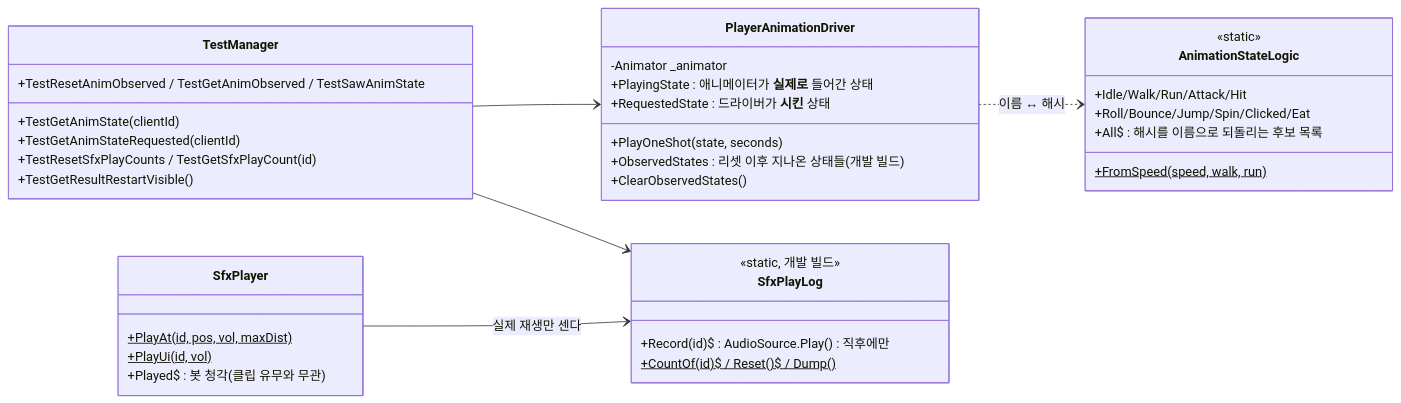
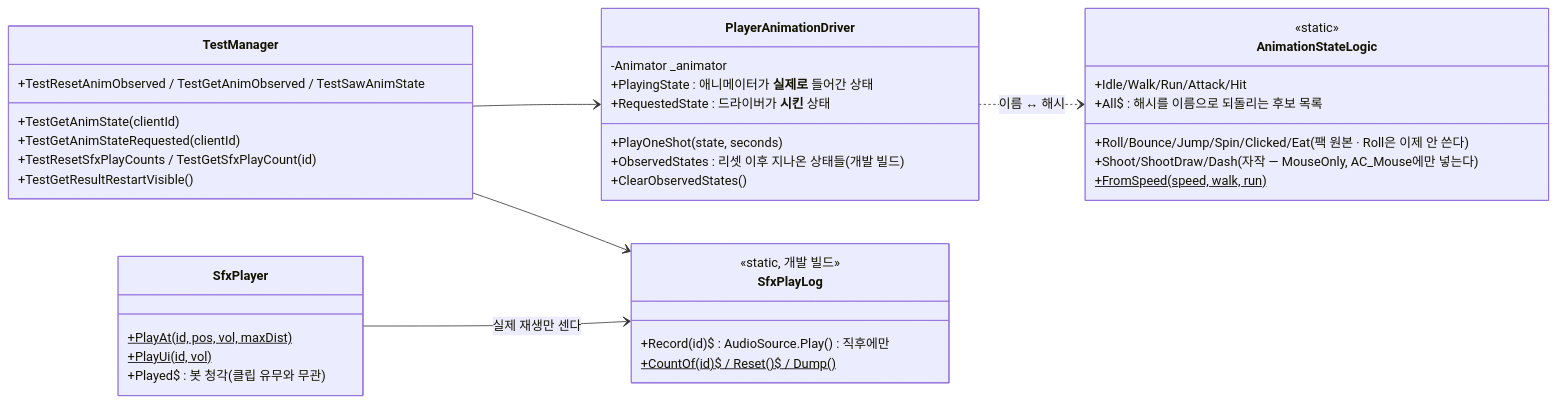
Diagram 33 of 53 in CTC/docs/design-vault/코드 다이어그램.md (JeahanPark/The-Cheese-Thief-and-the-Cat), drawn with Mermaid before and after one commit. The commit also changed other lines of this file and 7 other files, not shown here.

First line of the commit message:
feat(anim): 대시 전용 클립 Dash — 팩의 Roll(앞구르기)을 걷어낸다

````diff
--- a/CTC/docs/design-vault/코드 다이어그램.md
+++ b/CTC/docs/design-vault/코드 다이어그램.md
@@ -2254,41 +2257,42 @@
 ```mermaid
 classDiagram
     direction LR
     class AnimationStateLogic {
         <<static>>
         +Idle/Walk/Run/Attack/Hit
-        +Roll/Bounce/Jump/Spin/Clicked/Eat
+        +Roll/Bounce/Jump/Spin/Clicked/Eat (팩 원본 · Roll은 이제 안 쓴다)
+        +Shoot/ShootDraw/Dash (자작 — MouseOnly, AC_Mouse에만 넣는다)
         +All$ : 해시를 이름으로 되돌리는 후보 목록
         +FromSpeed(speed, walk, run)$
     }
     class PlayerAnimationDriver {
         -Animator _animator
         +PlayOneShot(state, seconds)
         +PlayingState : 애니메이터가 **실제로** 들어간 상태
         +RequestedState : 드라이버가 **시킨** 상태
         +ObservedStates : 리셋 이후 지나온 상태들(개발 빌드)
         +ClearObservedStates()
     }
     class SfxPlayer {
         +PlayAt(id, pos, vol, maxDist)$
         +PlayUi(id, vol)$
         +Played$ : 봇 청각(클립 유무와 무관)
     }
     class SfxPlayLog {
         <<static, 개발 빌드>>
         +Record(id)$ : AudioSource.Play() 직후에만
         +CountOf(id)$ / Reset()$ / Dump()$
     }
     class TestManager {
         +TestGetAnimState(clientId)
         +TestGetAnimStateRequested(clientId)
         +TestResetAnimObserved / TestGetAnimObserved / TestSawAnimState
         +TestResetSfxPlayCounts / TestGetSfxPlayCount(id)
         +TestGetResultRestartVisible()
     }
 
     PlayerAnimationDriver ..> AnimationStateLogic : 이름 ↔ 해시
     SfxPlayer --> SfxPlayLog : 실제 재생만 센다
     TestManager --> PlayerAnimationDriver
     TestManager --> SfxPlayLog
 ```
````
